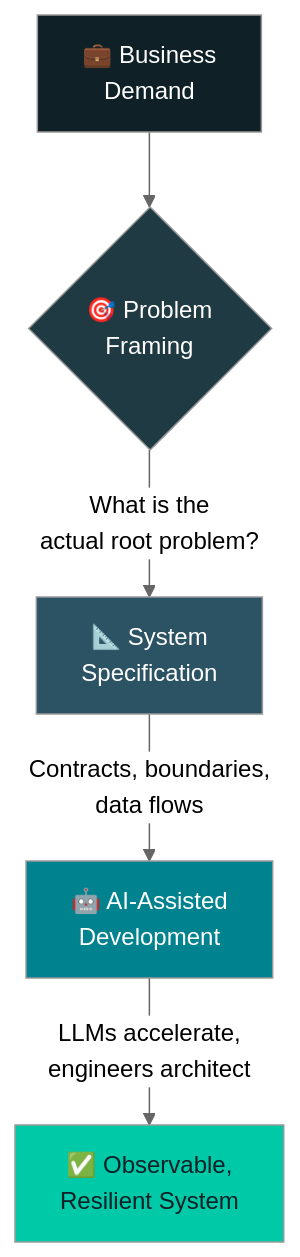
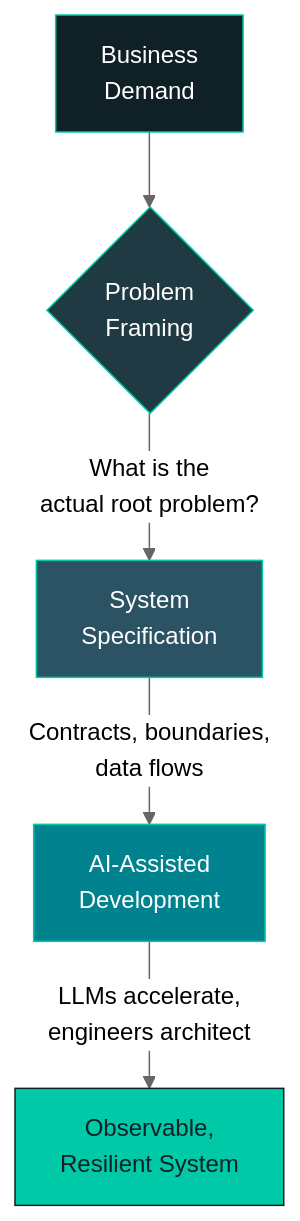
Before and after one commit to chrisJSeng/chrisJSeng: the second of 2 diagrams in README.md, drawn with Mermaid (neutral theme). The commit also changed other lines of this file, not shown here.

Commit message:
docs: revise README for clarity and consistency
Updated terminology and improved formatting in the README.

````diff
--- a/README.md
+++ b/README.md
@@ -113,13 +113,13 @@
 ```mermaid
 flowchart TD
-    A[💼 Business<br/>Demand] --> B{🎯 Problem<br/>Framing}
-    B -->|What is the<br/>actual root problem?| C[📐 System<br/>Specification]
-    C -->|Contracts, boundaries,<br/>data flows| D[🤖 AI-Assisted<br/>Development]
-    D -->|LLMs accelerate,<br/>engineers architect| E[✅ Observable,<br/>Resilient System]
+    A[Business<br/>Demand] --> B{Problem<br/>Framing}
+    B -->|What is the<br/>actual root problem?| C[System<br/>Specification]
+    C -->|Contracts, boundaries,<br/>data flows| D[AI-Assisted<br/>Development]
+    D -->|LLMs accelerate,<br/>engineers architect| E[Observable,<br/>Resilient System]
 
-    style A fill:#0f2027,color:#fff
-    style B fill:#203a43,color:#fff
-    style C fill:#2c5364,color:#fff
-    style D fill:#00838f,color:#fff
-    style E fill:#00c9a7,color:#0f2027
+    style A fill:#0f2027,stroke:#00c9a7,stroke-width:1px,color:#fff
+    style B fill:#203a43,stroke:#00c9a7,stroke-width:1px,color:#fff
+    style C fill:#2c5364,stroke:#00c9a7,stroke-width:1px,color:#fff
+    style D fill:#00838f,stroke:#00c9a7,stroke-width:1px,color:#fff
+    style E fill:#00c9a7,stroke:#0f2027,stroke-width:1px,color:#0f2027
 ```
````
